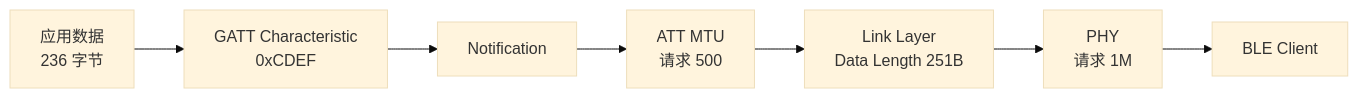
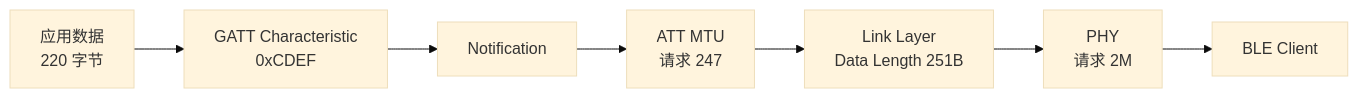
One commit to sanchuanhehe/fbb_ws53 changed the first of 2 diagrams in docs/zh-CN/samples/connectivity/ble/high-throughput.md. Above: the diagram before and after it, drawn with Mermaid (base theme). The commit also changed other lines of this file and 17 other files, not shown here.

````diff
--- a/docs/zh-CN/samples/connectivity/ble/high-throughput.md
+++ b/docs/zh-CN/samples/connectivity/ble/high-throughput.md
@@ -16,9 +19,9 @@
 ```mermaid
 flowchart LR
-    A[应用数据<br/>236 字节] --> B[GATT Characteristic<br/>0xCDEF]
+    A[应用数据<br/>220 字节] --> B[GATT Characteristic<br/>0xCDEF]
     B --> C[Notification]
-    C --> D[ATT MTU<br/>请求 500]
+    C --> D[ATT MTU<br/>请求 247]
     D --> E[Link Layer<br/>Data Length 251B]
-    E --> F[PHY<br/>请求 1M]
+    E --> F[PHY<br/>请求 2M]
     F --> G[BLE Client]
 ```
````
